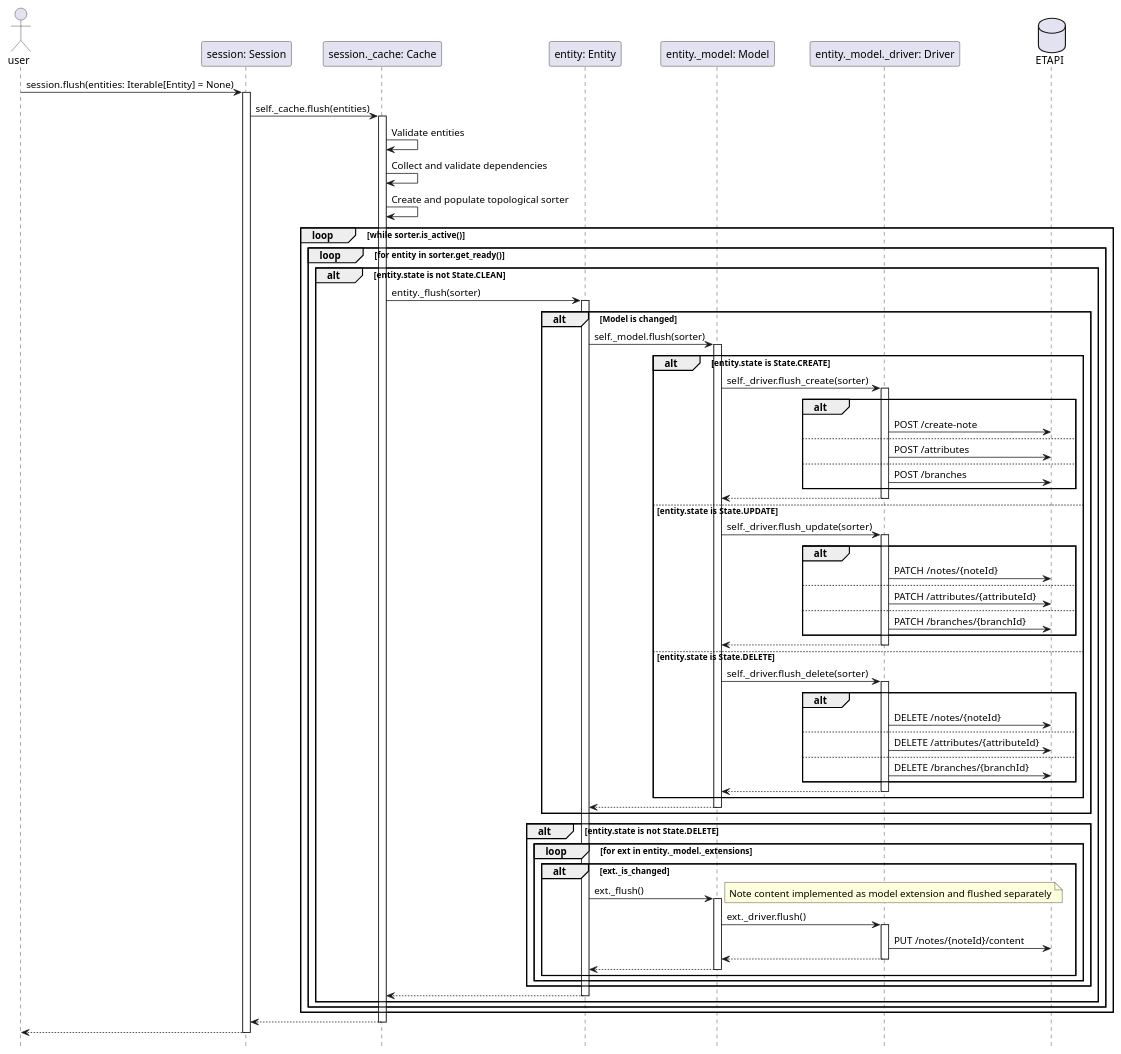
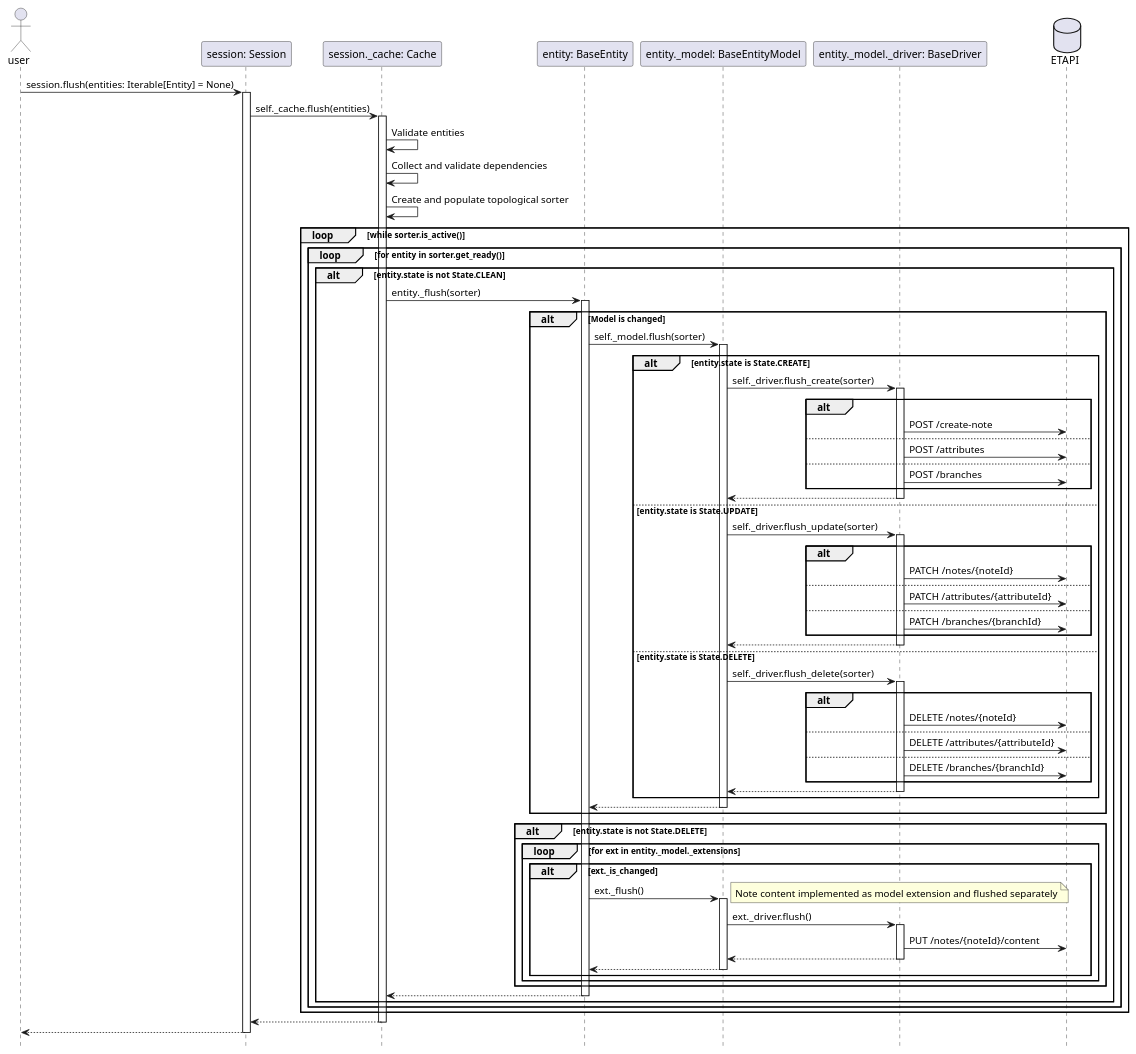
Before and after one commit to mm21/trilium-alchemy: the diagram in doc/dev/design/flush.plantuml, drawn with PlantUML. The commit also changed 38 other files, not shown here.

```diff
--- a/doc/dev/design/flush.plantuml
+++ b/doc/dev/design/flush.plantuml
@@ -1,79 +1,79 @@
-@startuml
+@startuml flush
 
 hide footbox
 
 actor user as user
 participant "session: Session" as session
 participant "session._cache: Cache" as cache
-participant "entity: Entity" as entity
-participant "entity._model: Model" as model
-participant "entity._model._driver: Driver" as driver
+participant "entity: BaseEntity" as entity
+participant "entity._model: BaseEntityModel" as model
+participant "entity._model._driver: BaseDriver" as driver
 database "ETAPI" as etapi
 
 user->session ++: session.flush(entities: Iterable[Entity] = None)
 session->cache ++: self._cache.flush(entities)
 
 cache->cache: Validate entities
 cache->cache: Collect and validate dependencies
 cache->cache: Create and populate topological sorter
 
 loop while sorter.is_active()
     loop for entity in sorter.get_ready()
         alt entity.state is not State.CLEAN
             cache->entity ++: entity._flush(sorter)
                 alt Model is changed
                     entity->model ++: self._model.flush(sorter)
                         alt entity.state is State.CREATE
                             model->driver ++: self._driver.flush_create(sorter)
                                 alt
                                     driver->etapi: POST /create-note
                                 else
                                     driver->etapi: POST /attributes
                                 else
                                     driver->etapi: POST /branches
                                 end
                             return
                         else entity.state is State.UPDATE
                             model->driver ++: self._driver.flush_update(sorter)
                                 alt
                                     driver->etapi: PATCH /notes/{noteId}
                                 else
                                     driver->etapi: PATCH /attributes/{attributeId}
                                 else
                                     driver->etapi: PATCH /branches/{branchId}
                                 end
                             return
                         else entity.state is State.DELETE
                             model->driver ++: self._driver.flush_delete(sorter)
                                 alt
                                     driver->etapi: DELETE /notes/{noteId}
                                 else
                                     driver->etapi: DELETE /attributes/{attributeId}
                                 else
                                     driver->etapi: DELETE /branches/{branchId}
                                 end
                             return
                         end
                     return
                 end
                 alt entity.state is not State.DELETE
                     loop for ext in entity._model._extensions
                         alt ext._is_changed
                             entity->model ++: ext._flush()
                                 note right: Note content implemented as model extension and flushed separately
                                 model->driver ++: ext._driver.flush()
                                     driver->etapi: PUT /notes/{noteId}/content
                                 return
                             return
                         end
                     end
                 end
             return
         end
     end
 end
 
 return
 return
 
 @enduml
```
